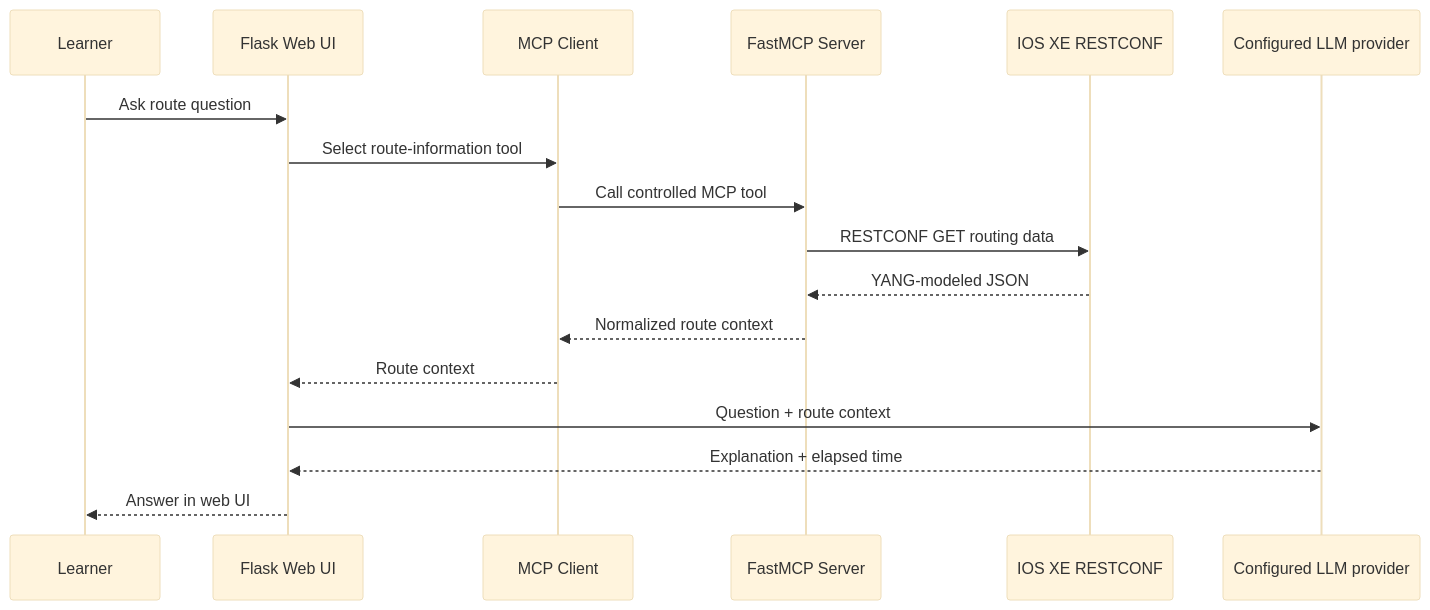
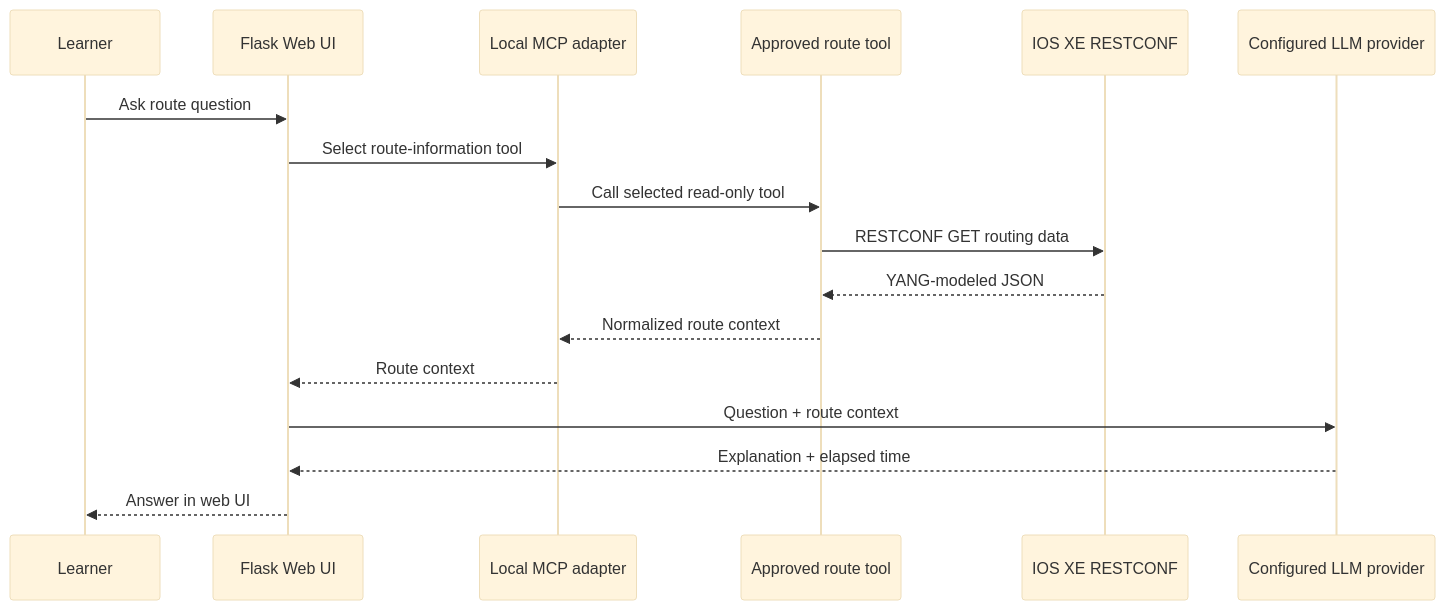
Before and after one commit to tanthanh85/CCNPAUTO: the second of 3 diagrams in LAB/Lab11/Lab11.md, drawn with Mermaid (base theme). The commit also changed other lines of this file, not shown here.

````diff
--- a/LAB/Lab11/Lab11.md
+++ b/LAB/Lab11/Lab11.md
@@ -414,20 +438,20 @@
 ```mermaid
 sequenceDiagram
     participant U as Learner
     participant W as Flask Web UI
-    participant C as MCP Client
-    participant M as FastMCP Server
+    participant C as Local MCP adapter
+    participant M as Approved route tool
     participant D as IOS XE RESTCONF
     participant L as Configured LLM provider
 
     U->>W: Ask route question
     W->>C: Select route-information tool
-    C->>M: Call controlled MCP tool
+    C->>M: Call selected read-only tool
     M->>D: RESTCONF GET routing data
     D-->>M: YANG-modeled JSON
     M-->>C: Normalized route context
     C-->>W: Route context
     W->>L: Question + route context
     L-->>W: Explanation + elapsed time
     W-->>U: Answer in web UI
 ```
````
